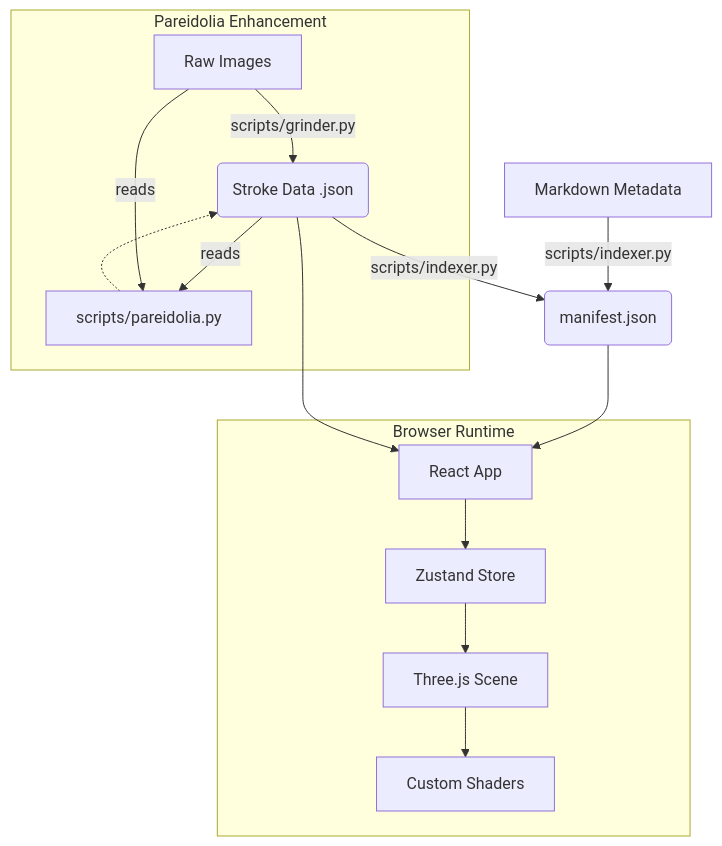
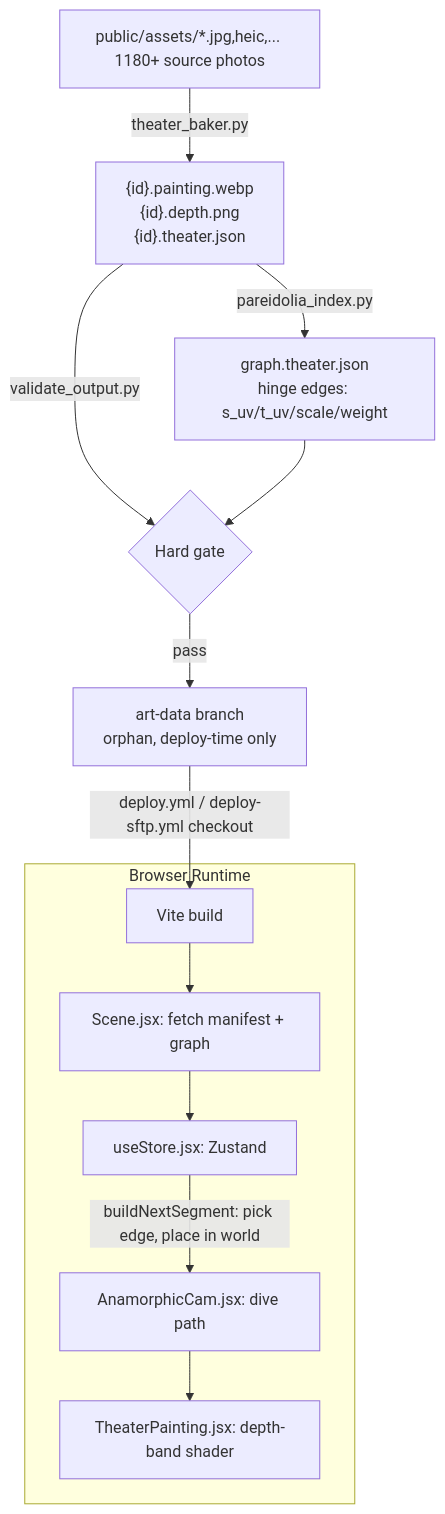
One commit to HereLiesAz/hereliesaz.github.io changed the first of 2 diagrams in docs/ARCHITECTURE.md. Above: the diagram before and after it, drawn with Mermaid. The commit also changed other lines of this file and 18 other files, not shown here.

````diff
--- a/docs/ARCHITECTURE.md
+++ b/docs/ARCHITECTURE.md
@@ -7,20 +18,16 @@
 ```mermaid
 graph TD
-    A[Raw Images] -->|scripts/grinder.py| B(Stroke Data .json)
-    subgraph Pareidolia Enhancement
-        B -- reads --> P[scripts/pareidolia.py]
-        A -- reads --> P
-    end
-    P -.-> B
-    B -->|scripts/indexer.py| C(manifest.json)
-    D[Markdown Metadata] -->|scripts/indexer.py| C
-
-    C --> E[React App]
-    B --> E
+    A[public/assets/*.jpg,heic,... 1180+ source photos] -->|theater_baker.py| B["{id}.painting.webp<br/>{id}.depth.png<br/>{id}.theater.json"]
+    B -->|pareidolia_index.py| C[graph.theater.json<br/>hinge edges: s_uv/t_uv/scale/weight]
+    B -->|validate_output.py| G{Hard gate}
+    C --> G
+    G -->|pass| D[art-data branch<br/>orphan, deploy-time only]
+    D -->|deploy.yml / deploy-sftp.yml checkout| E[Vite build]
 
     subgraph Browser Runtime
-    E --> F[Zustand Store]
-    F --> G[Three.js Scene]
-    G --> H[Custom Shaders]
+    E --> F[Scene.jsx: fetch manifest + graph]
+    F --> H[useStore.jsx: Zustand]
+    H -->|buildNextSegment: pick edge, place in world| I[AnamorphicCam.jsx: dive path]
+    I --> J[TheaterPainting.jsx: depth-band shader]
     end
 ```
````
